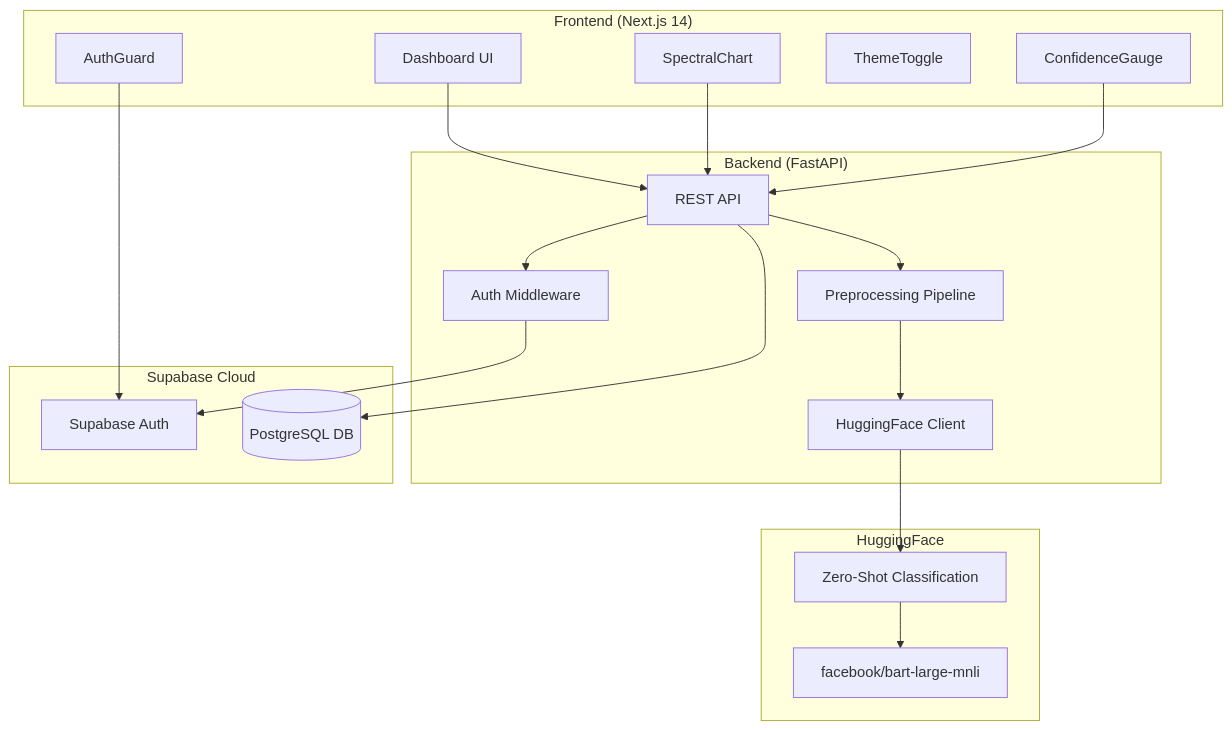
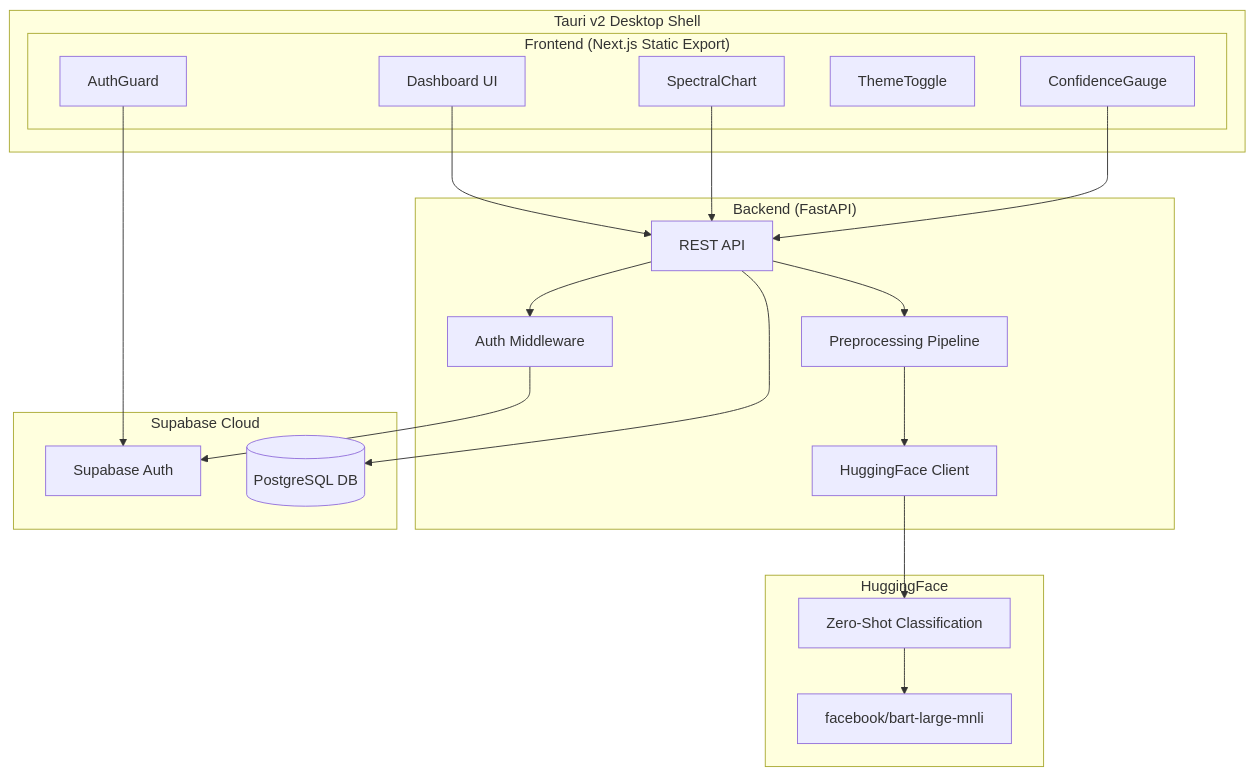
The first of 2 diagrams in docs/diagrams/system-architecture.md (suzannekouemou/instant-integrity-mvp), drawn with Mermaid before and after one commit. The commit also changed other lines of this file, not shown here.

Commit message:
docs(diagrams): update architecture diagram with Tauri desktop layer
- Add Tauri v2 Desktop Shell wrapper around frontend
- Document bundle formats: deb, AppImage, msi, dmg
- Update overview to describe desktop distribution

````diff
--- a/docs/diagrams/system-architecture.md
+++ b/docs/diagrams/system-architecture.md
@@ -9,39 +9,41 @@
 ```mermaid
 graph TB
-    subgraph "Frontend (Next.js 14)"
-        UI[Dashboard UI]
-        SC[SpectralChart]
-        CG[ConfidenceGauge]
-        TT[ThemeToggle]
-        AG[AuthGuard]
+    subgraph "Tauri v2 Desktop Shell"
+        subgraph "Frontend (Next.js Static Export)"
+            UI[Dashboard UI]
+            SC[SpectralChart]
+            CG[ConfidenceGauge]
+            TT[ThemeToggle]
+            AG[AuthGuard]
+        end
     end
 
     subgraph "Backend (FastAPI)"
         API[REST API]
         PP[Preprocessing Pipeline]
         HFC[HuggingFace Client]
         MW[Auth Middleware]
     end
 
     subgraph "Supabase Cloud"
         AUTH[Supabase Auth]
         DB[(PostgreSQL DB)]
     end
 
     subgraph "HuggingFace"
         ZSC[Zero-Shot Classification]
         MODEL[facebook/bart-large-mnli]
     end
 
     UI --> API
     SC --> API
     CG --> API
     AG --> AUTH
     API --> MW
     MW --> AUTH
     API --> PP
     PP --> HFC
     HFC --> ZSC
     ZSC --> MODEL
     API --> DB
 ```
````
